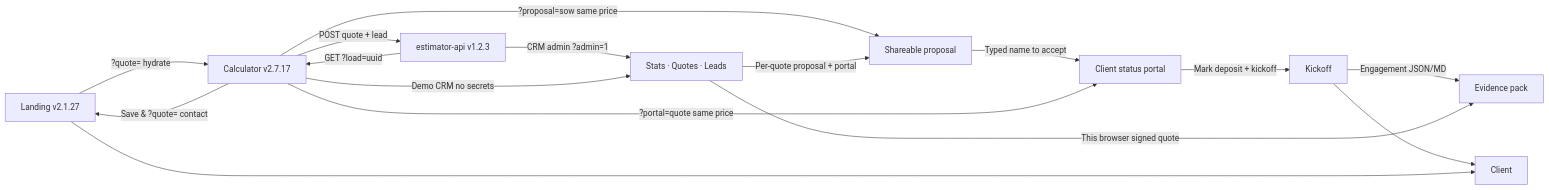
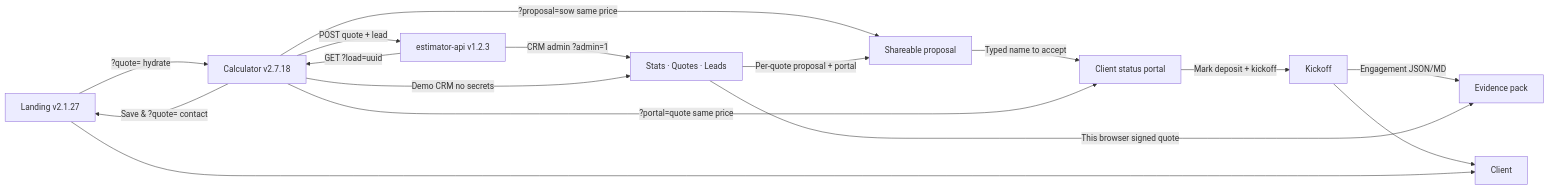
Before and after one commit to pixellayer7-jpg/pixellayer7-jpg: the diagram in README.md, drawn with Mermaid. The commit also changed other lines of this file and 4 other files, not shown here.

````diff
--- a/README.md
+++ b/README.md
@@ -21,18 +21,18 @@
 ```mermaid
 flowchart LR
-  A[Landing v2.1.27] -->|?quote= hydrate| B[Calculator v2.7.17]
+  A[Landing v2.1.27] -->|?quote= hydrate| B[Calculator v2.7.18]
   B -->|Save & ?quote= contact| A
   B -->|?proposal=sow same price| R[Shareable proposal]
   R -->|Typed name to accept| P[Client status portal]
   P -->|Mark deposit + kickoff| K[Kickoff]
   K -->|Engagement JSON/MD| X[Evidence pack]
   B -->|?portal=quote same price| P
   B -->|POST quote + lead| D[estimator-api v1.2.3]
   D -->|CRM admin ?admin=1| E[Stats · Quotes · Leads]
   B -->|Demo CRM no secrets| E
   E -->|This browser signed quote| X
   E -->|Per-quote proposal + portal| R
   K --> F[Client]
   D -->|GET ?load=uuid| B
   A --> F[Client]
 ```
````
